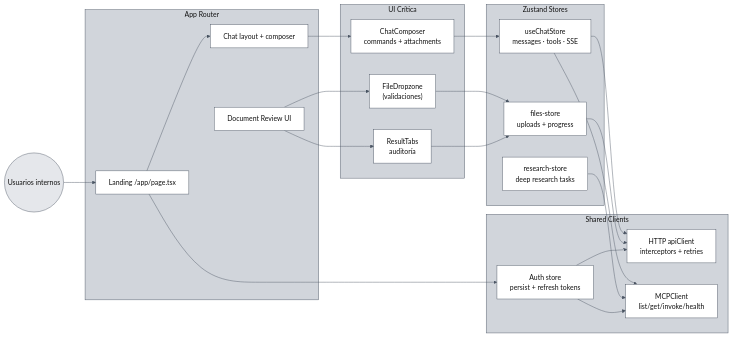
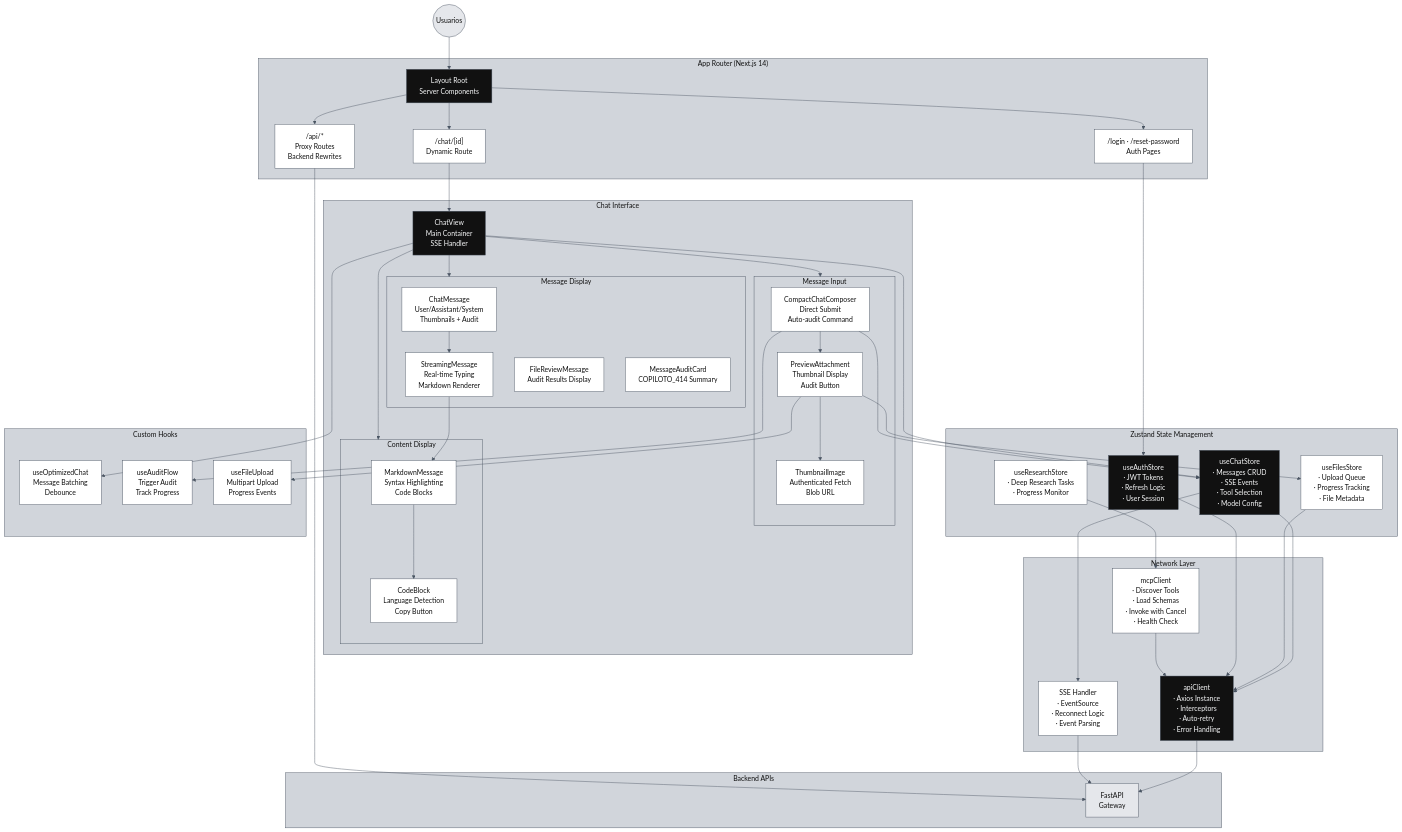
The fourth of 9 diagrams in README.md (saptiva-ai/octavios-chat), drawn with Mermaid before and after one commit. The commit also changed other lines of this file, not shown here.

First paragraph of the commit message:
docs(frontend): comprehensive frontend architecture diagram with all components
Completely redesigned the frontend architecture diagram to show the full
client-side stack with all layers and components:

````diff
--- a/README.md
+++ b/README.md
@@ -282,47 +282,93 @@
 ```mermaid
 %%{init: {'theme': 'base', 'themeVariables': {'primaryColor': '#111111','primaryBorderColor': '#4b5563','primaryTextColor': '#f9fafb','lineColor': '#4b5563','secondaryColor': '#ffffff','secondaryBorderColor': '#4b5563','secondaryTextColor': '#111111','tertiaryColor': '#d1d5db','tertiaryBorderColor': '#4b5563','tertiaryTextColor': '#111111'}}}%%
-flowchart LR
-    persona((Usuarios internos)):::gray --> home
+flowchart TB
+    user((Usuarios)):::gray --> router
 
-    subgraph Pages["App Router"]
-        home["Landing /app/page.tsx"]:::light
-        chat_page["Chat layout + composer"]:::light
-        review["Document Review UI"]:::light
+    subgraph AppRouter["App Router (Next.js 14)"]
+        router["Layout Root<br/>Server Components"]:::dark
+        chat_route["/chat/[id]<br/>Dynamic Route"]:::light
+        auth_route["/login · /reset-password<br/>Auth Pages"]:::light
+        api_routes["/api/*<br/>Proxy Routes<br/>Backend Rewrites"]:::light
     end
 
-    subgraph Stores["Zustand Stores"]
-        chat_store["useChatStore<br/>messages · tools · SSE"]:::light
-        files_store["files-store<br/>uploads + progress"]:::light
-        research_store["research-store<br/>deep research tasks"]:::light
+    router --> chat_route
+    router --> auth_route
+    router --> api_routes
+
+    subgraph ChatUI["Chat Interface"]
+        chat_view["ChatView<br/>Main Container<br/>SSE Handler"]:::dark
+
+        subgraph Messages["Message Display"]
+            chat_msg["ChatMessage<br/>User/Assistant/System<br/>Thumbnails + Audit"]:::light
+            stream_msg["StreamingMessage<br/>Real-time Typing<br/>Markdown Renderer"]:::light
+            file_msg["FileReviewMessage<br/>Audit Results Display"]:::light
+            audit_card["MessageAuditCard<br/>COPILOTO_414 Summary"]:::light
+        end
+
+        subgraph Input["Message Input"]
+            composer["CompactChatComposer<br/>Direct Submit<br/>Auto-audit Command"]:::light
+            attachments["PreviewAttachment<br/>Thumbnail Display<br/>Audit Button"]:::light
+            thumbnail["ThumbnailImage<br/>Authenticated Fetch<br/>Blob URL"]:::light
+        end
+
+        subgraph Display["Content Display"]
+            markdown["MarkdownMessage<br/>Syntax Highlighting<br/>Code Blocks"]:::light
+            code_block["CodeBlock<br/>Language Detection<br/>Copy Button"]:::light
+        end
     end
 
-    subgraph Clients["Shared Clients"]
-        api_client["HTTP apiClient<br/>interceptors + retries"]:::light
-        mcp_client["MCPClient<br/>list/get/invoke/health"]:::light
-        auth_store["Auth store<br/>persist + refresh tokens"]:::light
+    chat_route --> chat_view
+    chat_view --> Messages
+    chat_view --> Input
+    chat_view --> Display
+    composer --> attachments
+    attachments --> thumbnail
+    chat_msg --> stream_msg
+    stream_msg --> markdown
+    markdown --> code_block
+
+    subgraph State["Zustand State Management"]
+        chat_store["useChatStore<br/>· Messages CRUD<br/>· SSE Events<br/>· Tool Selection<br/>· Model Config"]:::dark
+        files_store["useFilesStore<br/>· Upload Queue<br/>· Progress Tracking<br/>· File Metadata"]:::light
+        research_store["useResearchStore<br/>· Deep Research Tasks<br/>· Progress Monitor"]:::light
+        auth_store["useAuthStore<br/>· JWT Tokens<br/>· Refresh Logic<br/>· User Session"]:::dark
     end
 
-    subgraph Components["UI Crítica"]
-        dropzone["FileDropzone<br/>(validaciones)"]:::light
-        result_tabs["ResultTabs<br/>auditoría"]:::light
-        composer["ChatComposer<br/>commands + attachments"]:::light
+    chat_view --> chat_store
+    composer --> chat_store
+    attachments --> files_store
+    auth_route --> auth_store
+
+    subgraph Network["Network Layer"]
+        api_client["apiClient<br/>· Axios Instance<br/>· Interceptors<br/>· Auto-retry<br/>· Error Handling"]:::dark
+        mcp_client["mcpClient<br/>· Discover Tools<br/>· Load Schemas<br/>· Invoke with Cancel<br/>· Health Check"]:::light
+        sse_handler["SSE Handler<br/>· EventSource<br/>· Reconnect Logic<br/>· Event Parsing"]:::light
     end
 
-    home --> chat_page
-    home --> auth_store
-    chat_page --> composer
-    review --> dropzone
-    review --> result_tabs
-
-    composer --> chat_store
-    dropzone --> files_store
-    result_tabs --> files_store
     chat_store --> api_client
-    chat_store --> mcp_client
+    chat_store --> sse_handler
     files_store --> api_client
     research_store --> mcp_client
     auth_store --> api_client
-    auth_store --> mcp_client
+    mcp_client --> api_client
+
+    subgraph Hooks["Custom Hooks"]
+        use_chat["useOptimizedChat<br/>Message Batching<br/>Debounce"]:::light
+        use_audit["useAuditFlow<br/>Trigger Audit<br/>Track Progress"]:::light
+        use_file["useFileUpload<br/>Multipart Upload<br/>Progress Events"]:::light
+    end
+
+    chat_view --> use_chat
+    composer --> use_audit
+    attachments --> use_file
+
+    subgraph Backend["Backend APIs"]
+        fastapi["FastAPI<br/>Gateway"]:::gray
+    end
+
+    api_client --> fastapi
+    sse_handler --> fastapi
+    api_routes --> fastapi
 
     classDef dark fill:#111111,stroke:#4b5563,color:#f9fafb;
     classDef light fill:#ffffff,stroke:#4b5563,color:#111111;
````
